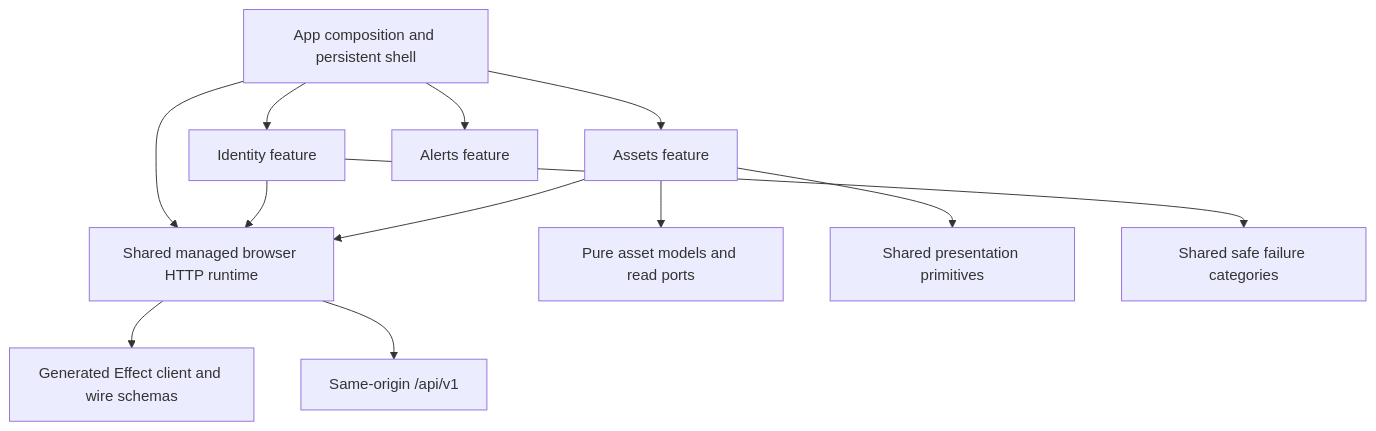
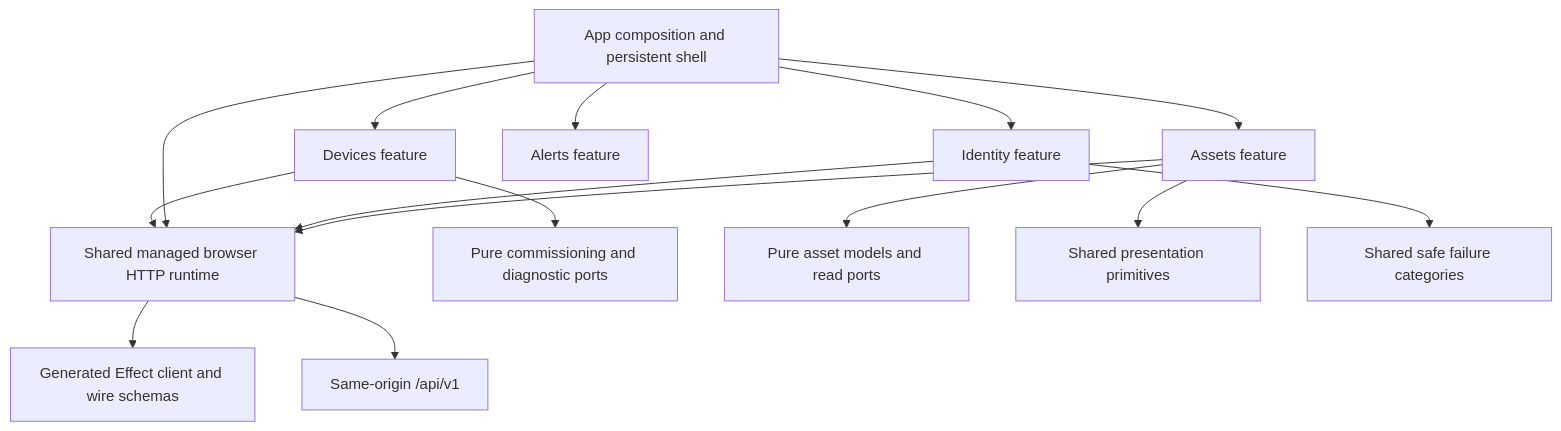
The diagram in ARCHITECTURE.md (stanimirivanov/fleetiq-ui), drawn with Mermaid before and after one commit. The commit also changed other lines of this file and 64 other files, not shown here.

````diff
--- a/ARCHITECTURE.md
+++ b/ARCHITECTURE.md
@@ -13,14 +13,17 @@
 ```mermaid
 flowchart TD
   App[App composition and persistent shell] --> Identity[Identity feature]
   App --> Assets[Assets feature]
   App --> Alerts[Alerts feature]
+  App --> Devices[Devices feature]
+  Devices --> Runtime
+  Devices --> DevicePorts[Pure commissioning and diagnostic ports]
   App --> Runtime[Shared managed browser HTTP runtime]
   Identity --> Runtime
   Assets --> Runtime
   Runtime --> Generated[Generated Effect client and wire schemas]
   Runtime --> API[Same-origin /api/v1]
   Assets --> Model[Pure asset models and read ports]
   Assets --> UI[Shared presentation primitives]
   Identity --> Failures[Shared safe failure categories]
 ```
````
